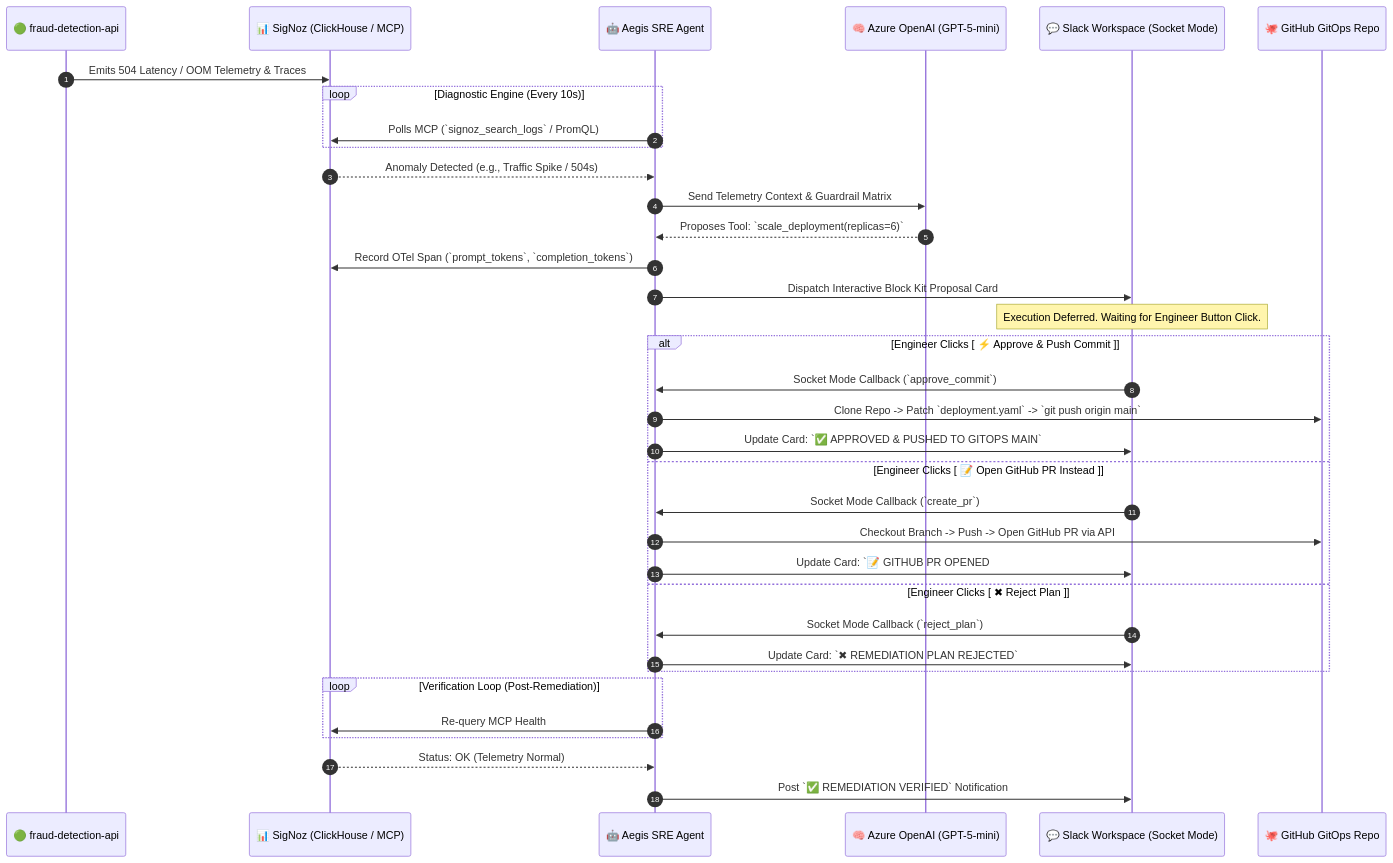
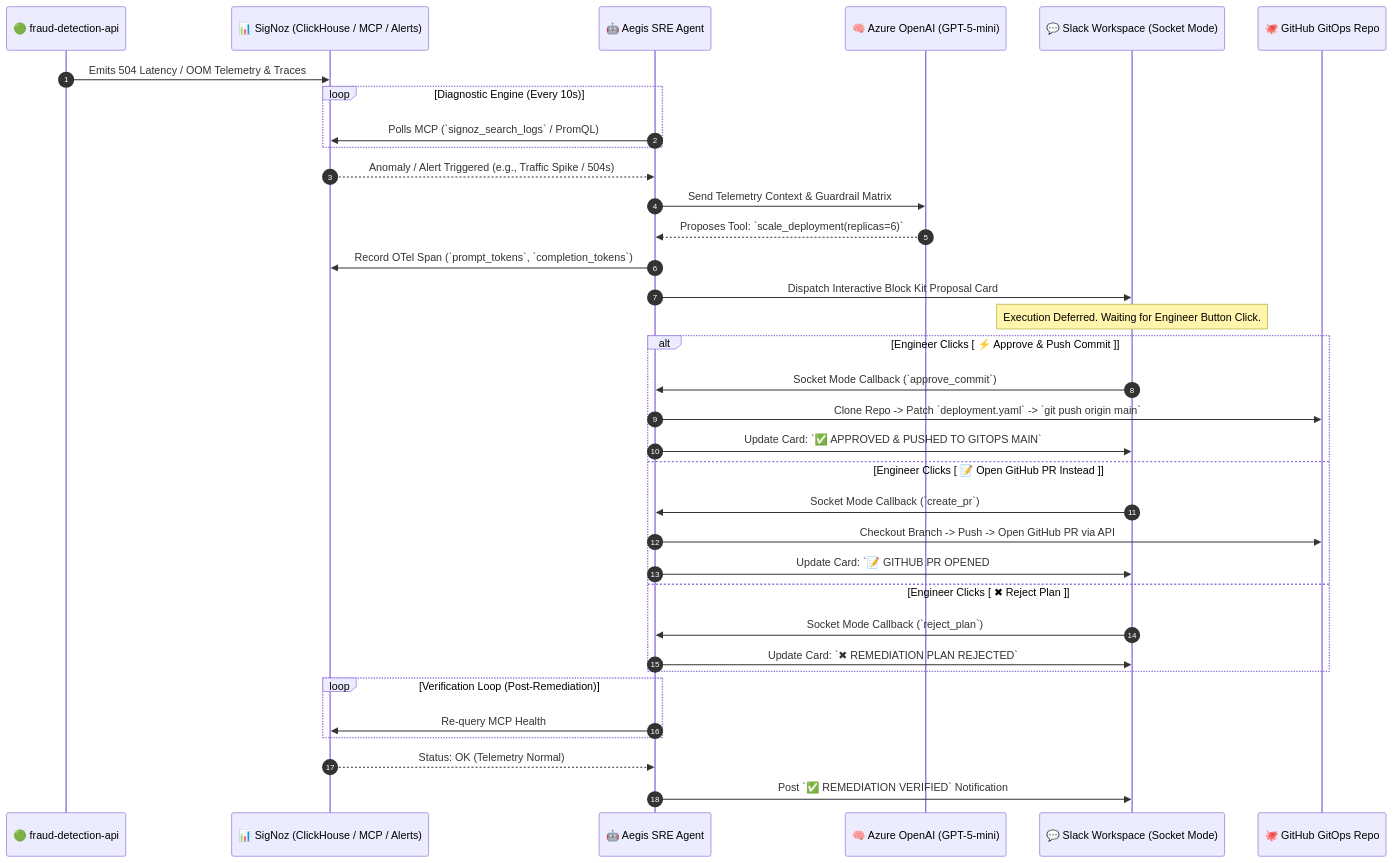
One commit to Shrinet82/aegis-observe changed the diagram in PROJECT_OVERVIEW.md. Above: the diagram before and after it, drawn with Mermaid. The commit also changed other lines of this file and 7 other files, not shown here.

Commit message:
feat(alerts): add SigNoz alert rules suite for LLM token runaway & 504 SLO breach with API import/export scripts

````diff
--- a/PROJECT_OVERVIEW.md
+++ b/PROJECT_OVERVIEW.md
@@ -35,42 +35,42 @@
 ```mermaid
 sequenceDiagram
     autonumber
     participant App as 🟢 fraud-detection-api
-    participant SigNoz as 📊 SigNoz (ClickHouse / MCP)
+    participant SigNoz as 📊 SigNoz (ClickHouse / MCP / Alerts)
     participant Agent as 🤖 Aegis SRE Agent
     participant LLM as 🧠 Azure OpenAI (GPT-5-mini)
     participant Slack as 💬 Slack Workspace (Socket Mode)
     participant GitOps as 🐙 GitHub GitOps Repo
 
     App->>SigNoz: Emits 504 Latency / OOM Telemetry & Traces
     loop Diagnostic Engine (Every 10s)
         Agent->>SigNoz: Polls MCP (`signoz_search_logs` / PromQL)
     end
-    SigNoz-->>Agent: Anomaly Detected (e.g., Traffic Spike / 504s)
+    SigNoz-->>Agent: Anomaly / Alert Triggered (e.g., Traffic Spike / 504s)
     
     Agent->>LLM: Send Telemetry Context & Guardrail Matrix
     LLM-->>Agent: Proposes Tool: `scale_deployment(replicas=6)`
     Agent->>SigNoz: Record OTel Span (`prompt_tokens`, `completion_tokens`)
 
     Agent->>Slack: Dispatch Interactive Block Kit Proposal Card
     Note over Slack: Execution Deferred. Waiting for Engineer Button Click.
 
     alt Engineer Clicks [ ⚡ Approve & Push Commit ]
         Slack->>Agent: Socket Mode Callback (`approve_commit`)
         Agent->>GitOps: Clone Repo -> Patch `deployment.yaml` -> `git push origin main`
         Agent->>Slack: Update Card: `✅ APPROVED & PUSHED TO GITOPS MAIN`
     else Engineer Clicks [ 📝 Open GitHub PR Instead ]
         Slack->>Agent: Socket Mode Callback (`create_pr`)
         Agent->>GitOps: Checkout Branch -> Push -> Open GitHub PR via API
         Agent->>Slack: Update Card: `📝 GITHUB PR OPENED #X`
     else Engineer Clicks [ ✖ Reject Plan ]
         Slack->>Agent: Socket Mode Callback (`reject_plan`)
         Agent->>Slack: Update Card: `✖ REMEDIATION PLAN REJECTED`
     end
 
     loop Verification Loop (Post-Remediation)
         Agent->>SigNoz: Re-query MCP Health
     end
     SigNoz-->>Agent: Status: OK (Telemetry Normal)
     Agent->>Slack: Post `✅ REMEDIATION VERIFIED` Notification
 ```
````
